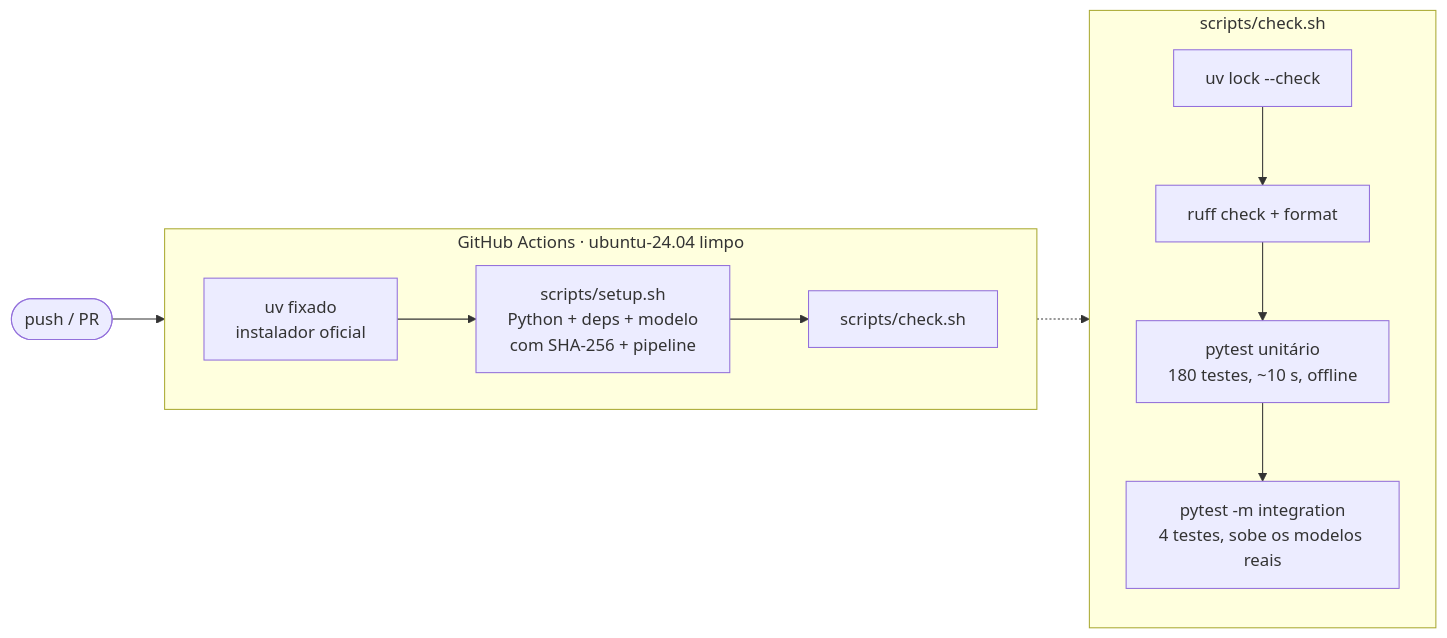
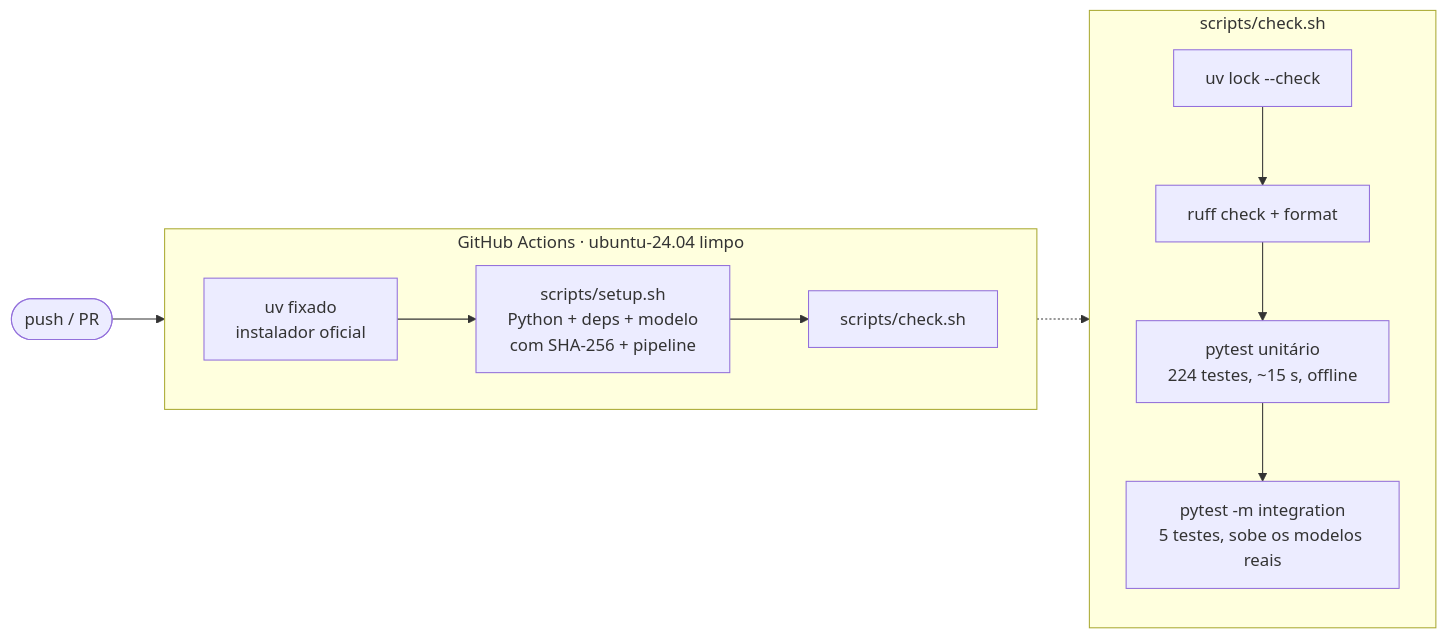
One commit to RonildoSilva/ai-engineer-challenge changed the sixth of 13 diagrams in README.md. Above: the diagram before and after it, drawn with Mermaid. The commit also changed other lines of this file and 19 other files, not shown here.

````diff
--- a/README.md
+++ b/README.md
@@ -211,15 +213,15 @@
 ```mermaid
 flowchart LR
     P([push / PR]) --> CI
     subgraph CI[GitHub Actions · ubuntu-24.04 limpo]
         direction LR
         U[uv fixado<br/>instalador oficial] --> S[scripts/setup.sh<br/>Python + deps + modelo<br/>com SHA-256 + pipeline] --> K[scripts/check.sh]
     end
     subgraph K2[scripts/check.sh]
         direction TB
         L1[uv lock --check] --> L2[ruff check + format]
-        L2 --> L3[pytest unitário<br/>180 testes, ~10 s, offline]
-        L3 --> L4[pytest -m integration<br/>4 testes, sobe os modelos reais]
+        L2 --> L3[pytest unitário<br/>224 testes, ~15 s, offline]
+        L3 --> L4[pytest -m integration<br/>5 testes, sobe os modelos reais]
     end
     K -.-> K2
 ```
````
